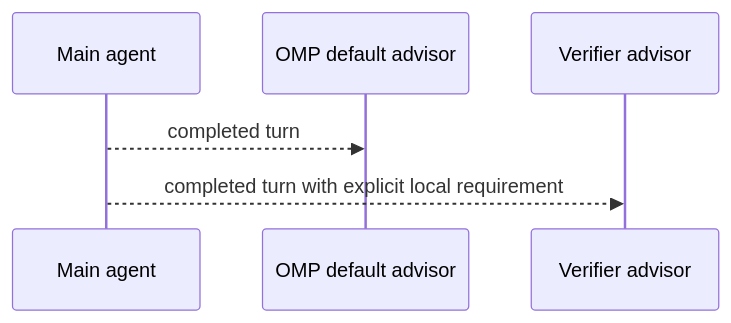
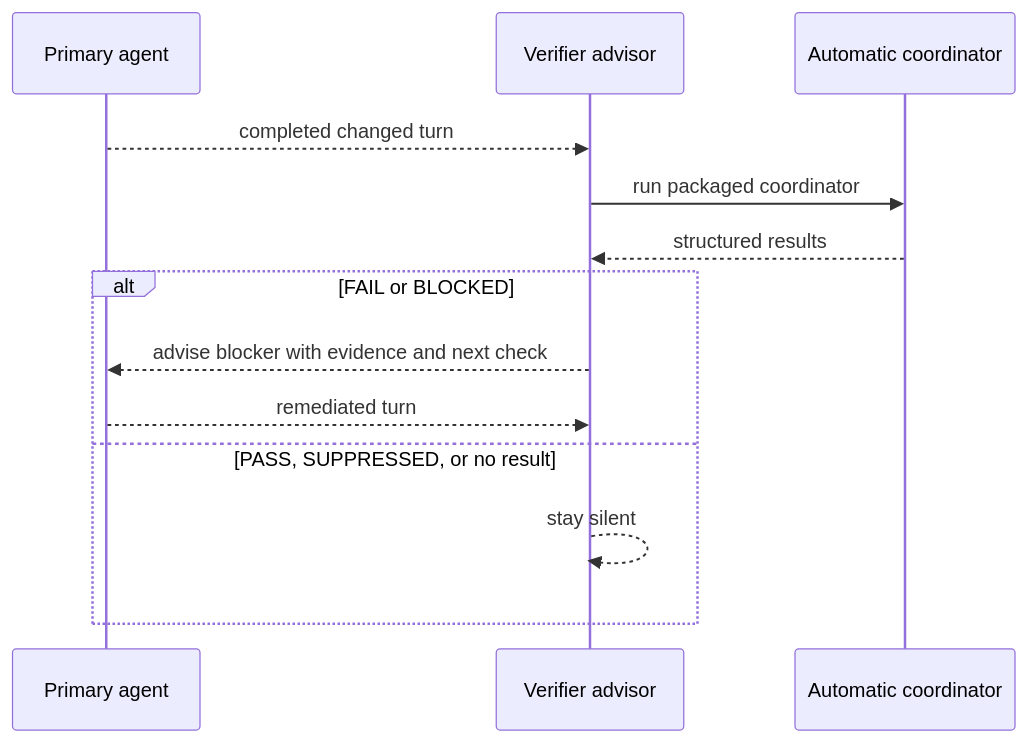
One commit to klondikemarlen/omp-verifier changed the diagram in CONCEPTS.md. Above: the diagram before and after it, drawn with Mermaid. The commit also changed other lines of this file and 4 other files, not shown here.

````diff
--- a/CONCEPTS.md
+++ b/CONCEPTS.md
@@ -7,9 +7,16 @@
 ```mermaid
 sequenceDiagram
-  participant Main as Main agent
-  participant Default as OMP default advisor
+  participant Main as Primary agent
   participant Verifier as Verifier advisor
+  participant CLI as Automatic coordinator
 
-  Main-->>Default: completed turn
-  Main-->>Verifier: completed turn with explicit local requirement
+  Main-->>Verifier: completed changed turn
+  Verifier->>CLI: run packaged coordinator
+  CLI-->>Verifier: structured results
+  alt FAIL or BLOCKED
+    Verifier-->>Main: advise blocker with evidence and next check
+    Main-->>Verifier: remediated turn
+  else PASS, SUPPRESSED, or no result
+    Verifier-->>Verifier: stay silent
+  end
 ```
````
